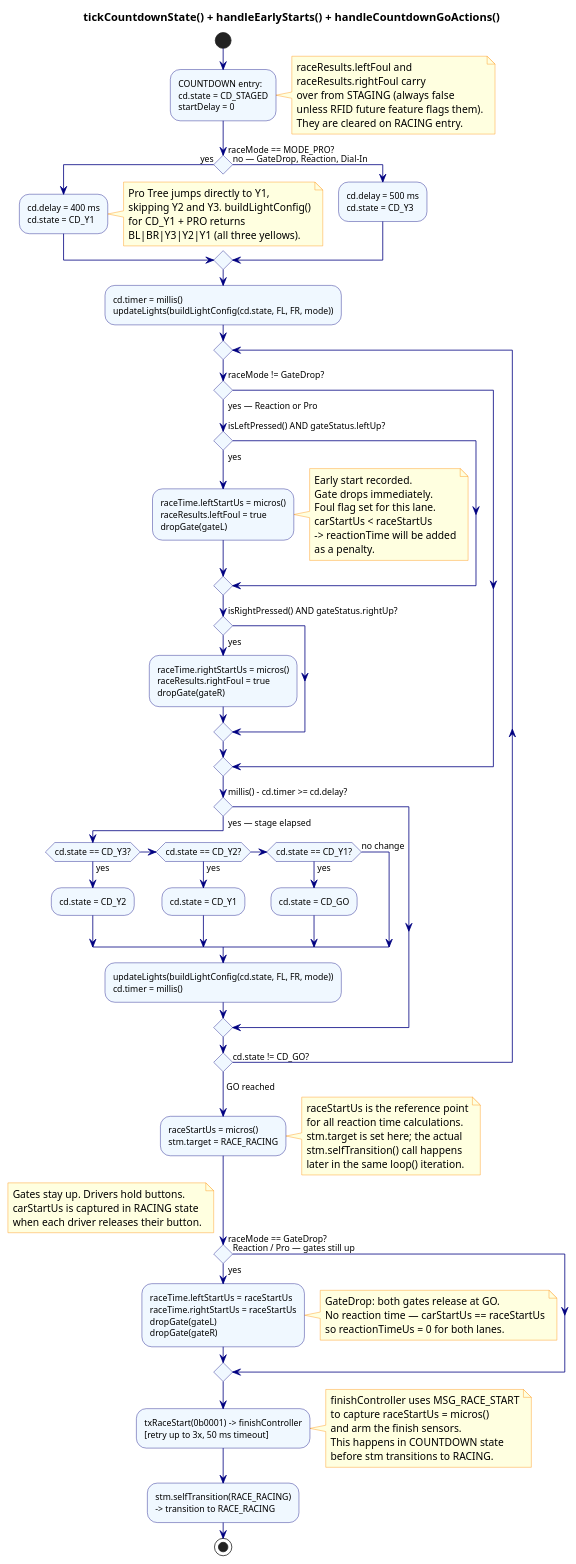
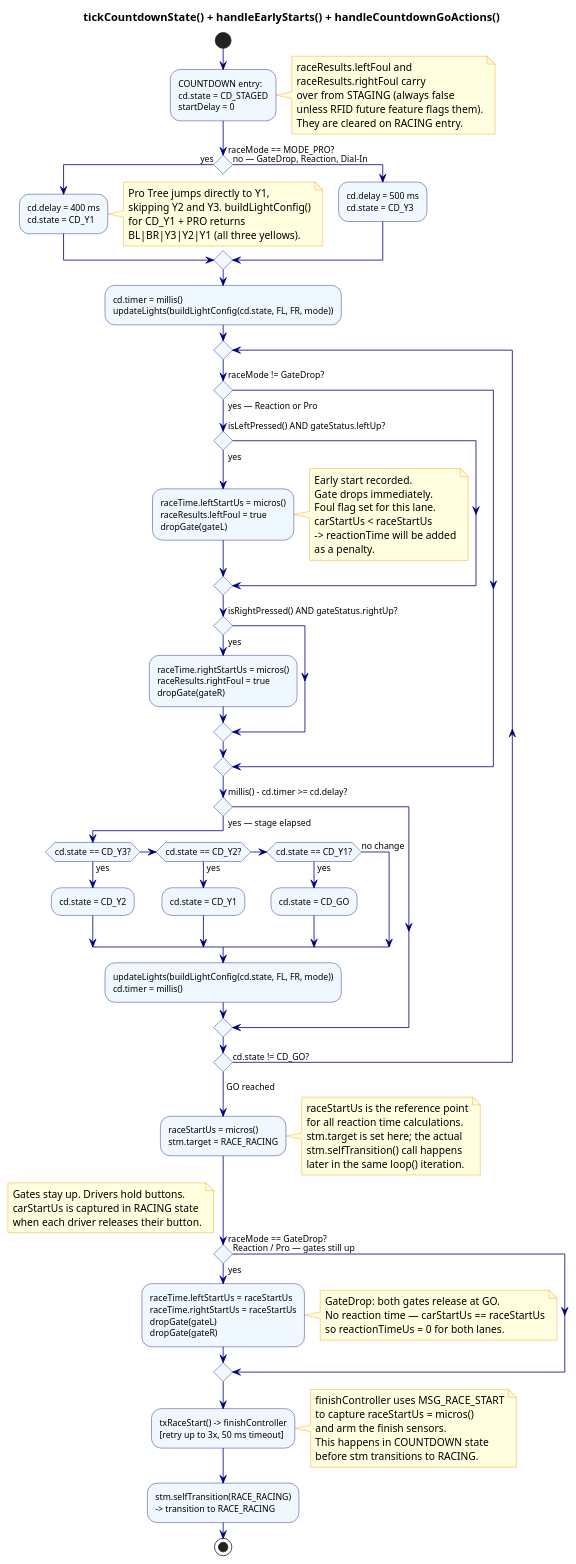
The diagram in docs/PlantUML/activity_countdown.puml (dgschaaf/DerbyTimer), drawn with PlantUML before and after one commit. The commit also changed 8 other files, not shown here.

```diff
--- a/docs/PlantUML/activity_countdown.puml
+++ b/docs/PlantUML/activity_countdown.puml
@@ -1,146 +1,146 @@
 @startuml activity_countdown
 skinparam activityBackgroundColor AliceBlue
 skinparam activityBorderColor Navy
 skinparam activityFontSize 11
 skinparam noteBackgroundColor LightYellow
 skinparam noteBorderColor DarkOrange
 skinparam arrowColor Navy
 skinparam conditionStyle diamond
 
 title Activity: RACE_COUNTDOWN [startController]
 title tickCountdownState() + handleEarlyStarts() + handleCountdownGoActions()
 
 start
 
 :COUNTDOWN entry:
 cd.state = CD_STAGED
 startDelay = 0;
 
 note right
   raceResults.leftFoul and
   raceResults.rightFoul carry
   over from STAGING (always false
   unless RFID future feature flags them).
   They are cleared on RACING entry.
 end note
 
 ' ============================================================
 ' Stage initialisation — mode determines jump point and delay
 ' ============================================================
 if (raceMode == MODE_PRO?) then (yes)
   :cd.delay = 400 ms
 cd.state = CD_Y1;
   note right
     Pro Tree jumps directly to Y1,
     skipping Y2 and Y3. buildLightConfig()
     for CD_Y1 + PRO returns
     BL|BR|Y3|Y2|Y1 (all three yellows).
   end note
 else (no — GateDrop, Reaction, Dial-In)
   :cd.delay = 500 ms
 cd.state = CD_Y3;
 end if
 
 :cd.timer = millis()
 updateLights(buildLightConfig(cd.state, FL, FR, mode));
 
 ' ============================================================
 ' Main countdown loop — runs every loop() iteration
 ' ============================================================
 repeat
 
   ' Early-start monitoring (reaction modes only)
   if (raceMode != GateDrop?) then (yes — Reaction or Pro)
 
     if (isLeftPressed() AND gateStatus.leftUp?) then (yes)
       :raceTime.leftStartUs = micros()
 raceResults.leftFoul = true
 dropGate(gateL);
       note right
         Early start recorded.
         Gate drops immediately.
         Foul flag set for this lane.
         carStartUs < raceStartUs
         -> reactionTime will be added
         as a penalty.
       end note
     endif
 
     if (isRightPressed() AND gateStatus.rightUp?) then (yes)
       :raceTime.rightStartUs = micros()
 raceResults.rightFoul = true
 dropGate(gateR);
     endif
 
   endif
 
   ' Tick the countdown timer
   if (millis() - cd.timer >= cd.delay?) then (yes — stage elapsed)
 
     if (cd.state == CD_Y3?) then (yes)
       :cd.state = CD_Y2;
     elseif (cd.state == CD_Y2?) then (yes)
       :cd.state = CD_Y1;
     elseif (cd.state == CD_Y1?) then (yes)
       :cd.state = CD_GO;
     else (no change)
     endif
 
     :updateLights(buildLightConfig(cd.state, FL, FR, mode))
 cd.timer = millis();
 
   endif
 
 repeat while (cd.state != CD_GO?) is (not GO yet)
 
 ' ============================================================
 ' GO reached — handleCountdownGoActions()
 ' ============================================================
 -> GO reached;
 
 :raceStartUs = micros()
 stm.target = RACE_RACING;
 
 note right
   raceStartUs is the reference point
   for all reaction time calculations.
   stm.target is set here; the actual
   stm.selfTransition() call happens
   later in the same loop() iteration.
 end note
 
 if (raceMode == GateDrop?) then (yes)
   :raceTime.leftStartUs  = raceStartUs
 raceTime.rightStartUs = raceStartUs
 dropGate(gateL)
 dropGate(gateR);
   note right
     GateDrop: both gates release at GO.
     No reaction time — carStartUs == raceStartUs
     so reactionTimeUs = 0 for both lanes.
   end note
 else (Reaction / Pro — gates still up)
   note right
     Gates stay up. Drivers hold buttons.
     carStartUs is captured in RACING state
     when each driver releases their button.
   end note
 endif
 
-:txRaceStart(0b0001) -> finishController
+:txRaceStart() -> finishController
 [retry up to 3x, 50 ms timeout];
 
 note right
   finishController uses MSG_RACE_START
   to capture raceStartUs = micros()
   and arm the finish sensors.
   This happens in COUNTDOWN state
   before stm transitions to RACING.
 end note
 
 :stm.selfTransition(RACE_RACING)
 -> transition to RACE_RACING;
 
 stop
 
 @enduml
```
